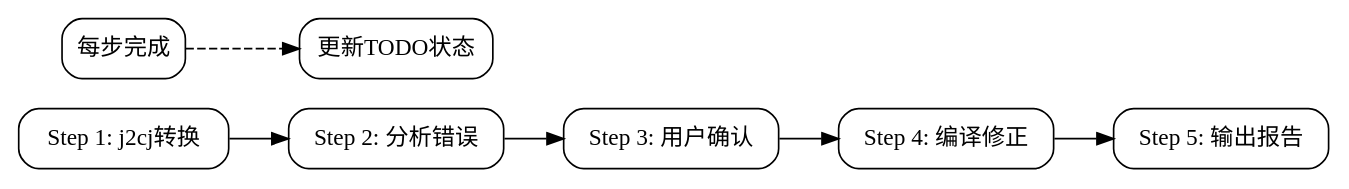
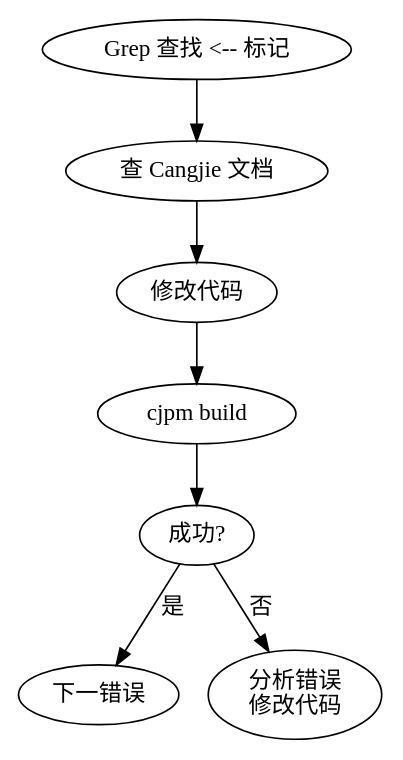
Before and after one commit to thjyneg/java2cangjie: the diagram in SKILL.md, drawn with Graphviz. The commit also changed other lines of this file and 1 other file, not shown here.

First line of the commit message:
Refactor java2cangjie skill for writing-skills compliance

````diff
--- a/SKILL.md
+++ b/SKILL.md
@@ -79,8 +47,10 @@
 ```dot
-digraph workflow {
-    rankdir=LR;
-    node [shape=box, style=rounded];
-    "Step 1: j2cj转换" -> "Step 2: 分析错误" -> "Step 3: 用户确认" -> "Step 4: 编译修正" -> "Step 5: 输出报告";
-    "每步完成" -> "更新TODO状态" [style=dashed];
+digraph fix {
+    rankdir=TB;
+    "Grep 查找 <-- 标记" -> "查 Cangjie 文档" -> "修改代码";
+    "修改代码" -> "cjpm build";
+    "cjpm build" -> "成功?" [shape=diamond];
+    "成功?" -> "下一错误" [label="是"];
+    "成功?" -> "分析错误\n修改代码" [label="否"];
 }
 ```
````
